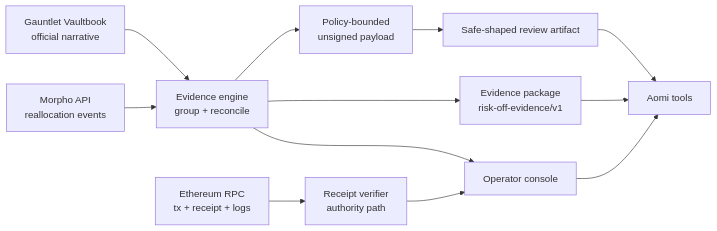
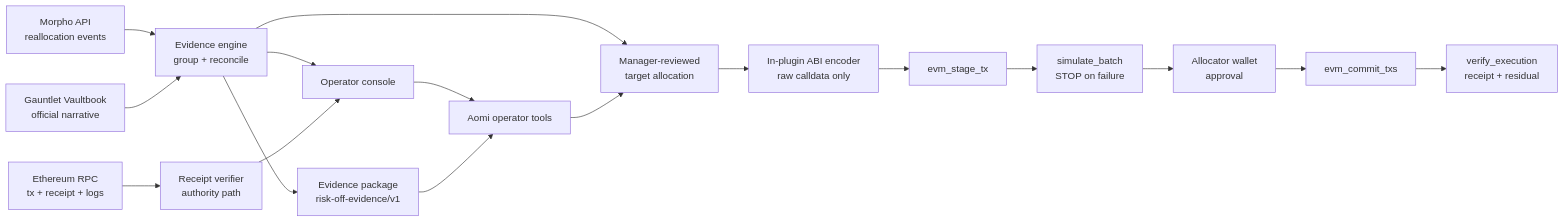
The diagram in README.md (aomi-labs/liqsteward), drawn with Mermaid before and after one commit. The commit also changed other lines of this file and 14 other files, not shown here.

````diff
--- a/README.md
+++ b/README.md
@@ -77,14 +77,19 @@
 ```mermaid
 flowchart LR
     M["Morpho API<br/>reallocation events"] --> E["Evidence engine<br/>group + reconcile"]
     R["Ethereum RPC<br/>tx + receipt + logs"] --> V["Receipt verifier<br/>authority path"]
     G["Gauntlet Vaultbook<br/>official narrative"] --> E
     E --> C["Operator console"]
     V --> C
     E --> P["Evidence package<br/>risk-off-evidence/v1"]
-    E --> B["Policy-bounded<br/>unsigned payload"]
-    B --> S["Safe-shaped review artifact"]
-    C --> A["Aomi tools"]
+    E --> B["Manager-reviewed<br/>target allocation"]
+    B --> X["In-plugin ABI encoder<br/>raw calldata only"]
+    X --> T["evm_stage_tx"]
+    T --> Q["simulate_batch<br/>STOP on failure"]
+    Q --> W["Allocator wallet<br/>approval"]
+    W --> K["evm_commit_txs"]
+    K --> Z["verify_execution<br/>receipt + residual"]
+    C --> A["Aomi operator tools"]
     P --> A
-    S --> A
+    A --> B
 ```
````
